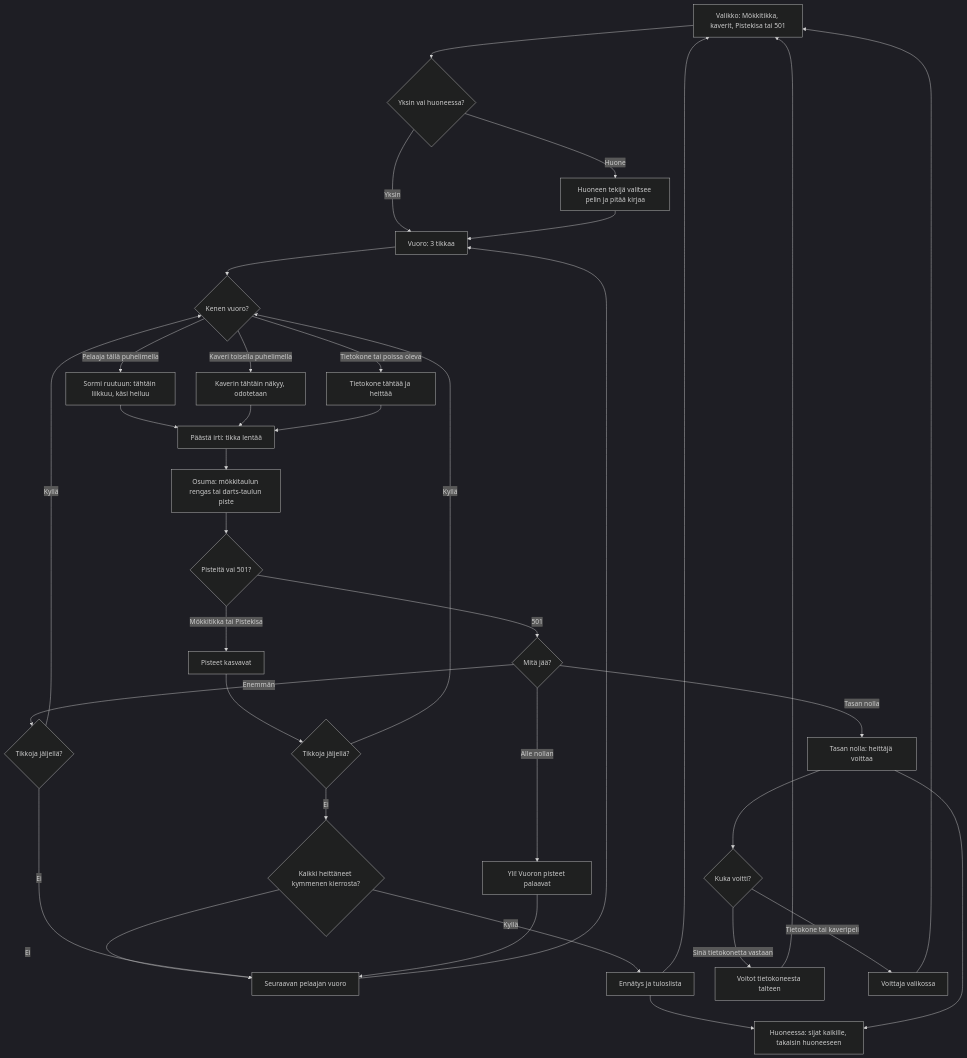
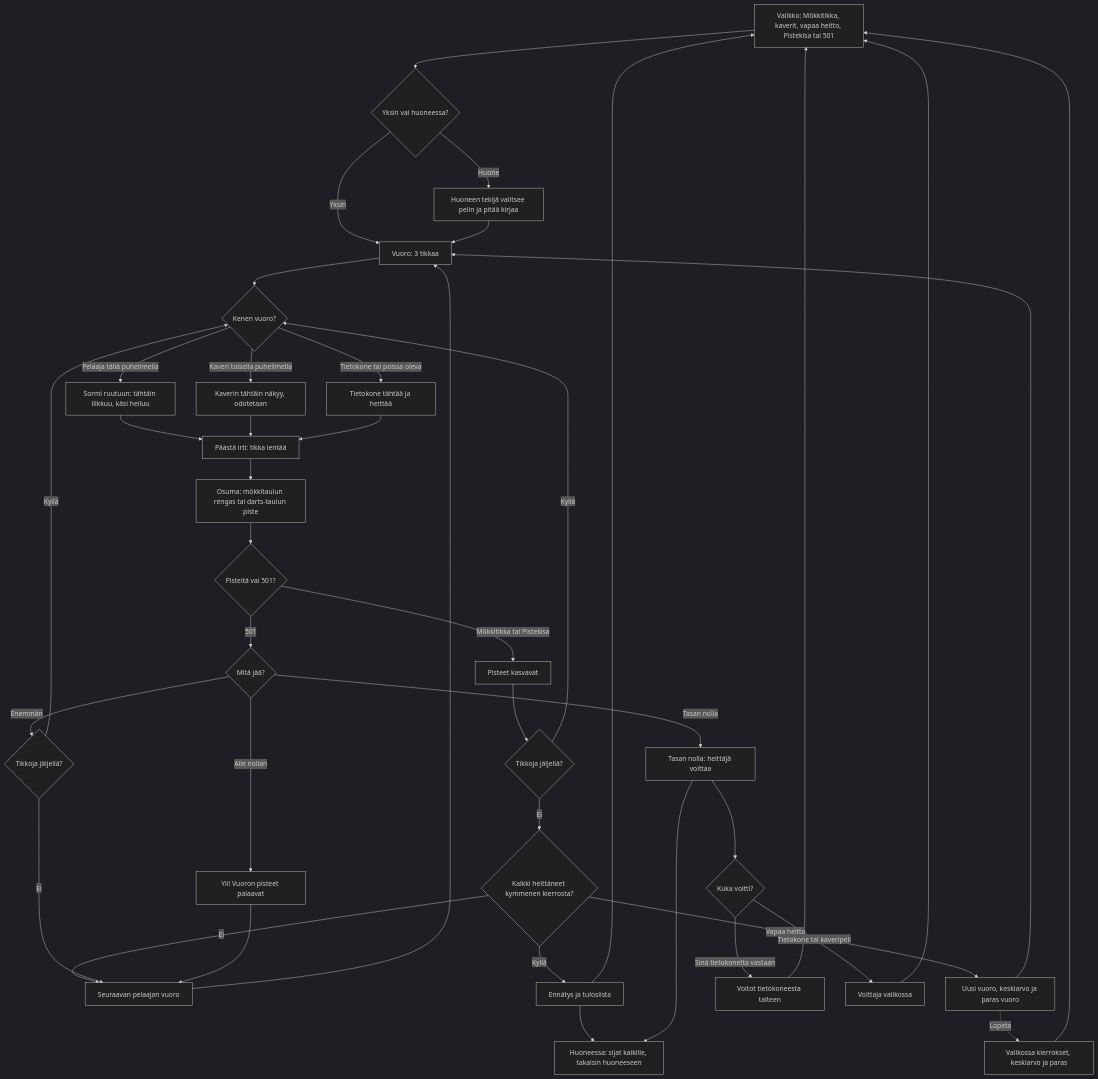
One commit to eerovil/ai-pelit changed the diagram in docs/diagrams/tikanheitto.md. Above: the diagram before and after it, drawn with Mermaid (dark theme). The commit also changed other lines of this file and 3 other files, not shown here.

First line of the commit message:
Tikanheitto v3: Vapaa heitto on both boards, no computer (#147) (#149)

````diff
--- a/docs/diagrams/tikanheitto.md
+++ b/docs/diagrams/tikanheitto.md
@@ -9,44 +10,48 @@
 ```mermaid
 flowchart TD
-  A[Valikko: Mökkitikka, kaverit, Pistekisa tai 501] --> R{Yksin vai huoneessa?}
+  A[Valikko: Mökkitikka, kaverit, vapaa heitto, Pistekisa tai 501] --> R{Yksin vai huoneessa?}
   R -- Yksin --> B[Vuoro: 3 tikkaa]
   R -- Huone --> RH[Huoneen tekijä valitsee pelin ja pitää kirjaa]
   RH --> B
   B --> C{Kenen vuoro?}
   C -- Pelaaja tällä puhelimella --> D[Sormi ruutuun: tähtäin liikkuu, käsi heiluu]
   C -- Kaveri toisella puhelimella --> S[Kaverin tähtäin näkyy, odotetaan]
   C -- Tietokone tai poissa oleva --> E[Tietokone tähtää ja heittää]
   D --> F[Päästä irti: tikka lentää]
   S --> F
   E --> F
   F --> G[Osuma: mökkitaulun rengas tai darts-taulun piste]
   G --> H{Pisteitä vai 501?}
   H -- Mökkitikka tai Pistekisa --> I[Pisteet kasvavat]
   I --> M{Tikkoja jäljellä?}
   M -- Kyllä --> C
   M -- Ei --> N{Kaikki heittäneet kymmenen kierrosta?}
   N -- Ei --> V[Seuraavan pelaajan vuoro]
   N -- Kyllä --> O[Ennätys ja tuloslista]
+  N -- Vapaa heitto --> FV[Uusi vuoro, keskiarvo ja paras vuoro]
+  FV --> B
+  FV -. Lopeta .-> FL[Valikossa kierrokset, keskiarvo ja paras]
+  FL --> A
   H -- 501 --> J{Mitä jää?}
   J -- Alle nollan --> K[Yli! Vuoron pisteet palaavat]
   J -- Enemmän --> Q{Tikkoja jäljellä?}
   Q -- Kyllä --> C
   Q -- Ei --> V
   K --> V
   V --> B
   J -- Tasan nolla --> L[Tasan nolla: heittäjä voittaa]
   L --> W{Kuka voitti?}
   W -- Sinä tietokonetta vastaan --> P[Voitot tietokoneesta talteen]
   W -- Tietokone tai kaveripeli --> X[Voittaja valikossa]
   O --> A
   P --> A
   X --> A
   O --> T[Huoneessa: sijat kaikille, takaisin huoneeseen]
   L --> T
   class A,B,D,F,V blue
   class E,S violet
   class R,C,H,J,M,N,Q,W amber
-  class G,I,RH teal
+  class G,I,RH,FV teal
   class K rose
-  class L,O,P,X,T green
+  class L,O,P,X,T,FL green
 ```
````
